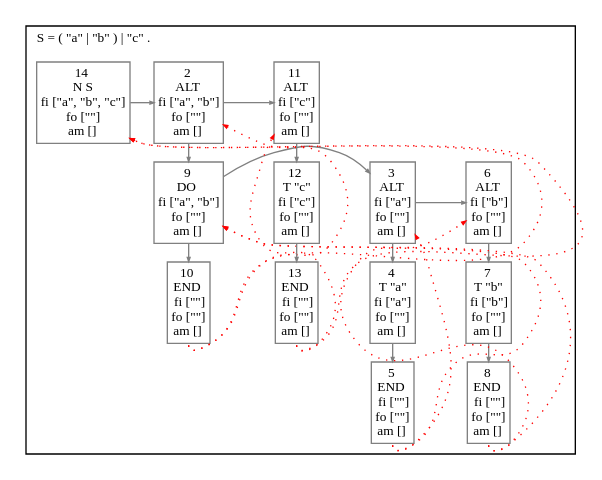
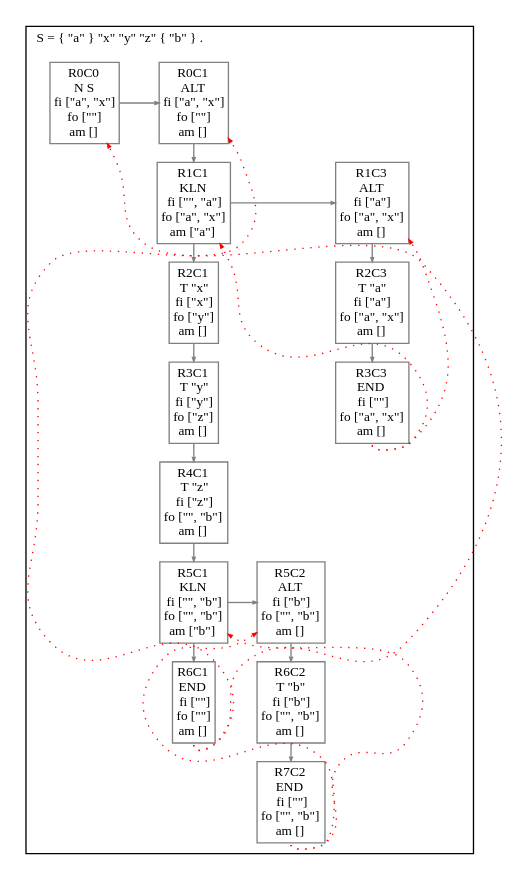
Before and after one commit to JanWillemBrands/AoC2021: the diagram in ART.gv, drawn with Graphviz. The commit also changed 13 other files, not shown here.

```diff
--- a/ART.gv
+++ b/ART.gv
@@ -1,46 +1,83 @@
 digraph G {
   fontname = Menlo
   fontsize = 10
   node [fontname = Menlo, fontsize = 10, color = gray, height = 0, width = 0, margin= 0.04]
   edge [fontname = Menlo, fontsize = 10, color = gray, arrowsize = 0.3]
   graph [ordering = out, ranksep = 0.2]
   rankdir = "TB"
   subgraph clusterS {
     node [shape = box]
-    label = <S = ( "a" | "b" ) | "c" .>
+    label = <S = { "a" } "x" "y" "z" { "b" } .>
     labeljust = l
-    14 [label = <14<br/>N S<br/>fi ["a", "b", "c"]<br/>fo [""]<br/>am []>]
-    rank = same {14 -> 2}
-    2 [label = <2<br/>ALT <br/>fi ["a", "b"]<br/>fo [""]<br/>am []>]
-    2 -> 9 [weight=100000000]
-    9 [label = <9<br/>DO <br/>fi ["a", "b"]<br/>fo [""]<br/>am []>]
-    9 -> 10 [weight=100000000]
-    10 [label = <10<br/>END <br/>fi [""]<br/>fo [""]<br/>am []>]
-    rank = same {9 -> 3}
-    3 [label = <3<br/>ALT <br/>fi ["a"]<br/>fo [""]<br/>am []>]
-    3 -> 4 [weight=100000000]
-    4 [label = <4<br/>T "a"<br/>fi ["a"]<br/>fo [""]<br/>am []>]
-    4 -> 5 [weight=100000000]
-    5 [label = <5<br/>END <br/>fi [""]<br/>fo [""]<br/>am []>]
-    rank = same {3 -> 6}
-    6 [label = <6<br/>ALT <br/>fi ["b"]<br/>fo [""]<br/>am []>]
-    6 -> 7 [weight=100000000]
-    7 [label = <7<br/>T "b"<br/>fi ["b"]<br/>fo [""]<br/>am []>]
-    7 -> 8 [weight=100000000]
-    8 [label = <8<br/>END <br/>fi [""]<br/>fo [""]<br/>am []>]
-    rank = same {2 -> 11}
-    11 [label = <11<br/>ALT <br/>fi ["c"]<br/>fo [""]<br/>am []>]
-    11 -> 12 [weight=100000000]
-    12 [label = <12<br/>T "c"<br/>fi ["c"]<br/>fo [""]<br/>am []>]
-    12 -> 13 [weight=100000000]
-    13 [label = <13<br/>END <br/>fi [""]<br/>fo [""]<br/>am []>]
+    R0C0 [label = <R0C0<br/>N S<br/>fi ["a", "x"]<br/>fo [""]<br/>am []>]
+    R0C1 [label = <R0C1<br/>ALT <br/>fi ["a", "x"]<br/>fo [""]<br/>am []>]
+    R1C1 [label = <R1C1<br/>KLN <br/>fi ["", "a"]<br/>fo ["a", "x"]<br/>am ["a"]>]
+    R2C1 [label = <R2C1<br/>T "x"<br/>fi ["x"]<br/>fo ["y"]<br/>am []>]
+    R3C1 [label = <R3C1<br/>T "y"<br/>fi ["y"]<br/>fo ["z"]<br/>am []>]
+    R4C1 [label = <R4C1<br/>T "z"<br/>fi ["z"]<br/>fo ["", "b"]<br/>am []>]
+    R5C1 [label = <R5C1<br/>KLN <br/>fi ["", "b"]<br/>fo ["", "b"]<br/>am ["b"]>]
+    R6C1 [label = <R6C1<br/>END <br/>fi [""]<br/>fo [""]<br/>am []>]
+    R5C1:s -> R6C1 [weight=100000000]
+    R5C2 [label = <R5C2<br/>ALT <br/>fi ["b"]<br/>fo ["", "b"]<br/>am []>]
+    R6C2 [label = <R6C2<br/>T "b"<br/>fi ["b"]<br/>fo ["", "b"]<br/>am []>]
+    R7C2 [label = <R7C2<br/>END <br/>fi [""]<br/>fo ["", "b"]<br/>am []>]
+    R6C2:s -> R7C2 [weight=100000000]
+    R5C2:s -> R6C2 [weight=100000000]
+    rank = same {R5C1 -> R5C2}
+    R4C1:s -> R5C1 [weight=100000000]
+    R3C1:s -> R4C1 [weight=100000000]
+    R2C1:s -> R3C1 [weight=100000000]
+    R1C1:s -> R2C1 [weight=100000000]
+    R1C3 [label = <R1C3<br/>ALT <br/>fi ["a"]<br/>fo ["a", "x"]<br/>am []>]
+    R2C3 [label = <R2C3<br/>T "a"<br/>fi ["a"]<br/>fo ["a", "x"]<br/>am []>]
+    R3C3 [label = <R3C3<br/>END <br/>fi [""]<br/>fo ["a", "x"]<br/>am []>]
+    R2C3:s -> R3C3 [weight=100000000]
+    R1C3:s -> R2C3 [weight=100000000]
+    rank = same {R1C1 -> R1C3}
+    R0C1:s -> R1C1 [weight=100000000]
+    rank = same {R0C0 -> R0C1}
+    node [style = invis]
+    edge [style = invis]
+    rank = same {R0C1 -> R0C2}
+    rank = same {R0C2 -> R0C3}
+    R0C0 -> R1C0 [weight=100000000]
+    rank = same {R1C0 -> R1C1}
+    R0C3 -> R1C3 [weight=100000000]
+    R1C0 -> R2C0 [weight=100000000]
+    rank = same {R2C0 -> R2C1}
+    rank = same {R2C1 -> R2C2}
+    rank = same {R2C2 -> R2C3}
+    R2C0 -> R3C0 [weight=100000000]
+    rank = same {R3C0 -> R3C1}
+    R2C2 -> R3C2 [weight=100000000]
+    rank = same {R3C1 -> R3C2}
+    rank = same {R3C2 -> R3C3}
+    R3C0 -> R4C0 [weight=100000000]
+    rank = same {R4C0 -> R4C1}
+    R3C2 -> R4C2 [weight=100000000]
+    rank = same {R4C1 -> R4C2}
+    R3C3 -> R4C3 [weight=100000000]
+    rank = same {R4C2 -> R4C3}
+    R4C0 -> R5C0 [weight=100000000]
+    rank = same {R5C0 -> R5C1}
+    R4C2 -> R5C2 [weight=100000000]
+    R4C3 -> R5C3 [weight=100000000]
+    rank = same {R5C2 -> R5C3}
+    R5C0 -> R6C0 [weight=100000000]
+    rank = same {R6C0 -> R6C1}
+    R5C3 -> R6C3 [weight=100000000]
+    rank = same {R6C2 -> R6C3}
+    R6C0 -> R7C0 [weight=100000000]
+    R6C1 -> R7C1 [weight=100000000]
+    rank = same {R7C0 -> R7C1}
+    rank = same {R7C1 -> R7C2}
+    R6C3 -> R7C3 [weight=100000000]
+    rank = same {R7C2 -> R7C3}
   }
-  10:s -> 14 [style = dotted, color = red, constraint = false]
-  10:s -> 2 [style = dotted, color = red, constraint = false]
-  5:s -> 9 [style = dotted, color = red, constraint = false]
-  5:s -> 3 [style = dotted, color = red, constraint = false]
-  8:s -> 9 [style = dotted, color = red, constraint = false]
-  8:s -> 6 [style = dotted, color = red, constraint = false]
-  13:s -> 14 [style = dotted, color = red, constraint = false]
-  13:s -> 11 [style = dotted, color = red, constraint = false]
+  R6C1:s -> R0C0 [style = dotted, color = red, constraint = false]
+  R6C1:s -> R0C1 [style = dotted, color = red, constraint = false]
+  R7C2:s -> R5C1 [style = dotted, color = red, constraint = false]
+  R7C2:s -> R5C2 [style = dotted, color = red, constraint = false]
+  R3C3:s -> R1C1 [style = dotted, color = red, constraint = false]
+  R3C3:s -> R1C3 [style = dotted, color = red, constraint = false]
 }
```
